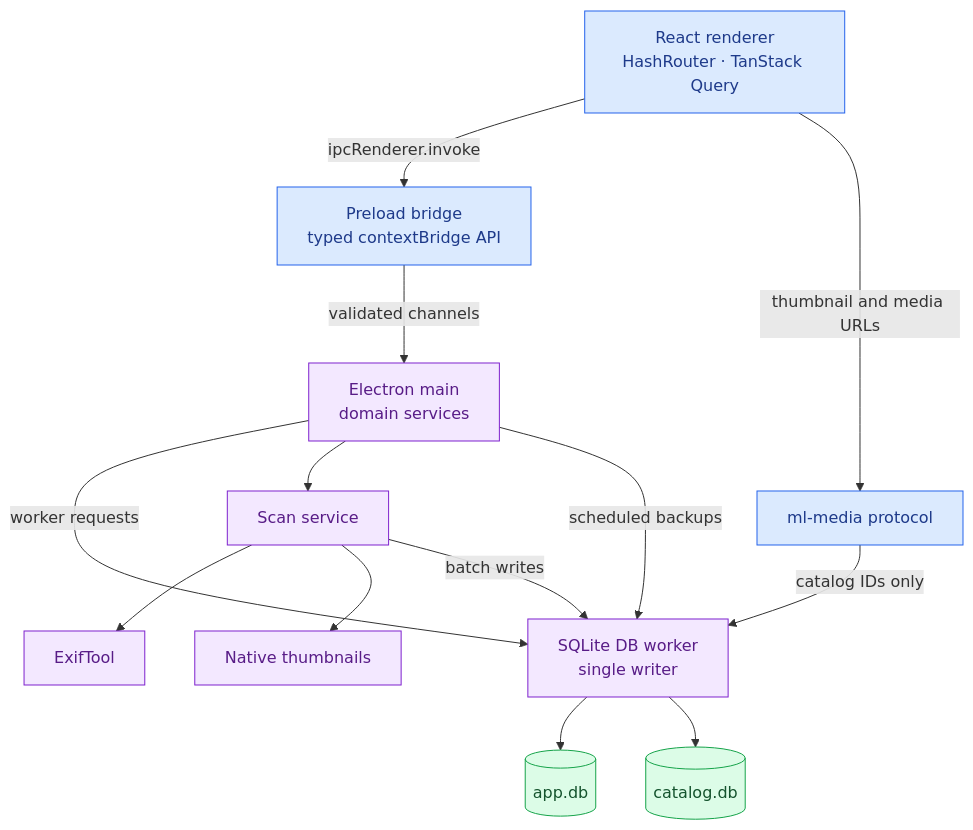
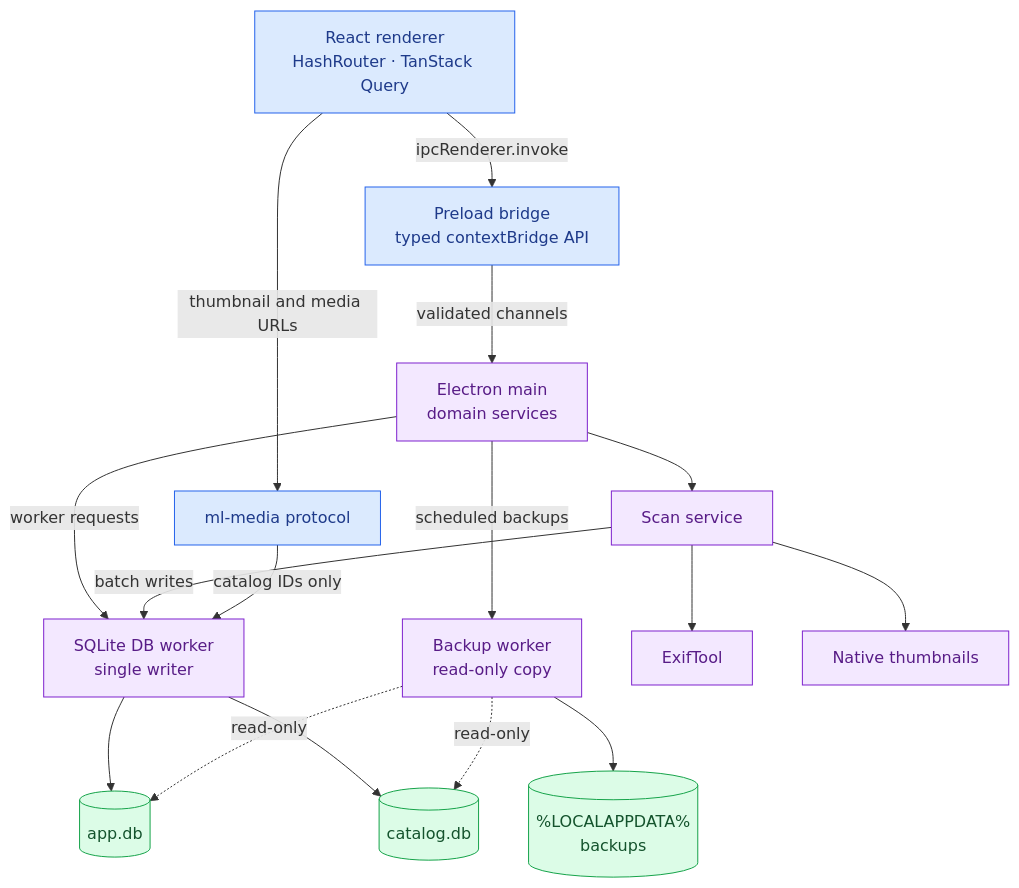
The third of 3 diagrams in README.md (renanmoraisdasilva/memory-lane), drawn with Mermaid before and after one commit. The commit also changed other lines of this file and 15 other files, not shown here.

````diff
--- a/README.md
+++ b/README.md
@@ -109,33 +152,38 @@
 ```mermaid
 flowchart TB
     Renderer["React renderer<br/>HashRouter · TanStack Query"]
     Bridge["Preload bridge<br/>typed contextBridge API"]
     Main["Electron main<br/>domain services"]
     Worker["SQLite DB worker<br/>single writer"]
+    BackupWorker["Backup worker<br/>read-only copy"]
     AppDB[("app.db")]
     CatalogDB[("catalog.db")]
+    BackupFiles[("%LOCALAPPDATA%<br/>backups")]
     Scanner["Scan service"]
     ExifTool["ExifTool"]
     Thumbs["Native thumbnails"]
     Media["ml-media protocol"]
 
     Renderer -->|"ipcRenderer.invoke"| Bridge
     Bridge -->|"validated channels"| Main
     Main -->|"worker requests"| Worker
     Worker --> AppDB
     Worker --> CatalogDB
     Main --> Scanner
     Scanner --> ExifTool
     Scanner --> Thumbs
     Scanner -->|"batch writes"| Worker
     Renderer -->|"thumbnail and media URLs"| Media
     Media -->|"catalog IDs only"| Worker
-    Main -->|"scheduled backups"| Worker
+    Main -->|"scheduled backups"| BackupWorker
+    BackupWorker -.->|"read-only"| AppDB
+    BackupWorker -.->|"read-only"| CatalogDB
+    BackupWorker --> BackupFiles
 
     classDef ui fill:#dbeafe,stroke:#2563eb,color:#1e3a8a
     classDef core fill:#f3e8ff,stroke:#7e22ce,color:#581c87
     classDef data fill:#dcfce7,stroke:#16a34a,color:#14532d
     class Renderer,Bridge,Media ui
-    class Main,Worker,Scanner,ExifTool,Thumbs core
-    class AppDB,CatalogDB data
+    class Main,Worker,BackupWorker,Scanner,ExifTool,Thumbs core
+    class AppDB,CatalogDB,BackupFiles data
 ```
````
